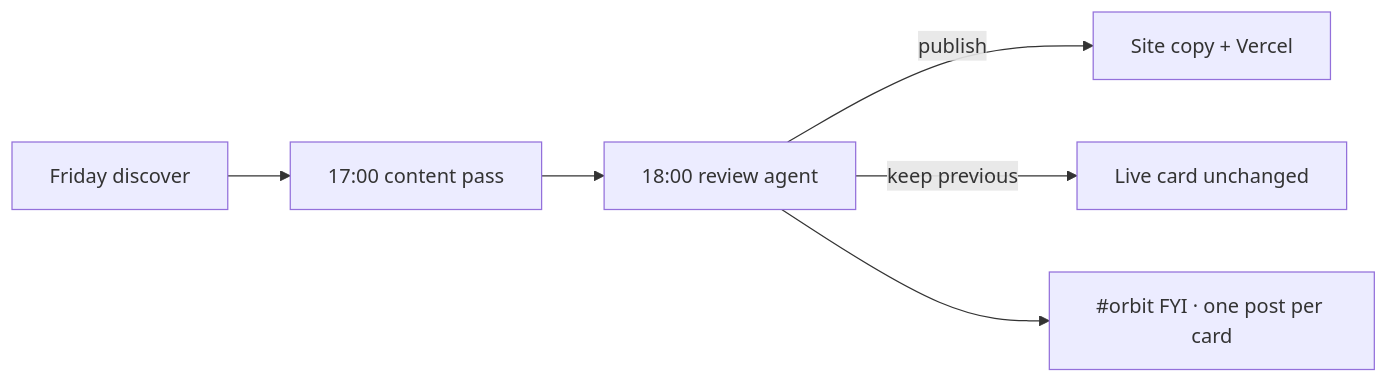
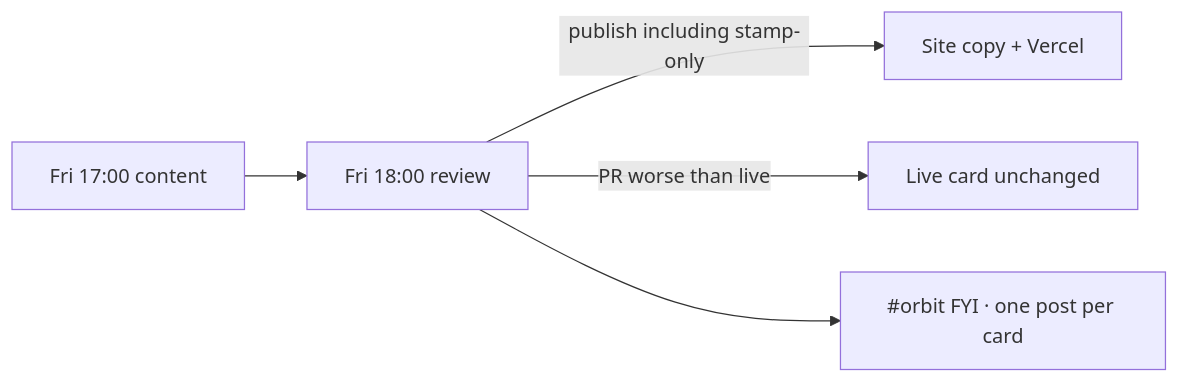
One commit to AlexTouvras/Orbit changed the second of 6 diagrams in src/content/architecture/orbit-platform.mdx. Above: the diagram before and after it, drawn with Mermaid. The commit also changed other lines of this file and 40 other files, not shown here.

````diff
--- a/src/content/architecture/orbit-platform.mdx
+++ b/src/content/architecture/orbit-platform.mdx
@@ -45,8 +44,7 @@
 ```mermaid
 flowchart LR
-  CI[Friday discover] --> Author[17:00 content pass]
-  Author --> Review[18:00 review agent]
-  Review -->|publish| Live[Site copy + Vercel]
-  Review -->|keep previous| Stay[Live card unchanged]
+  Author[Fri 17:00 content] --> Review[Fri 18:00 review]
+  Review -->|publish including stamp-only| Live[Site copy + Vercel]
+  Review -->|PR worse than live| Stay[Live card unchanged]
   Review --> Slack["#orbit FYI · one post per card"]
 ```
````
